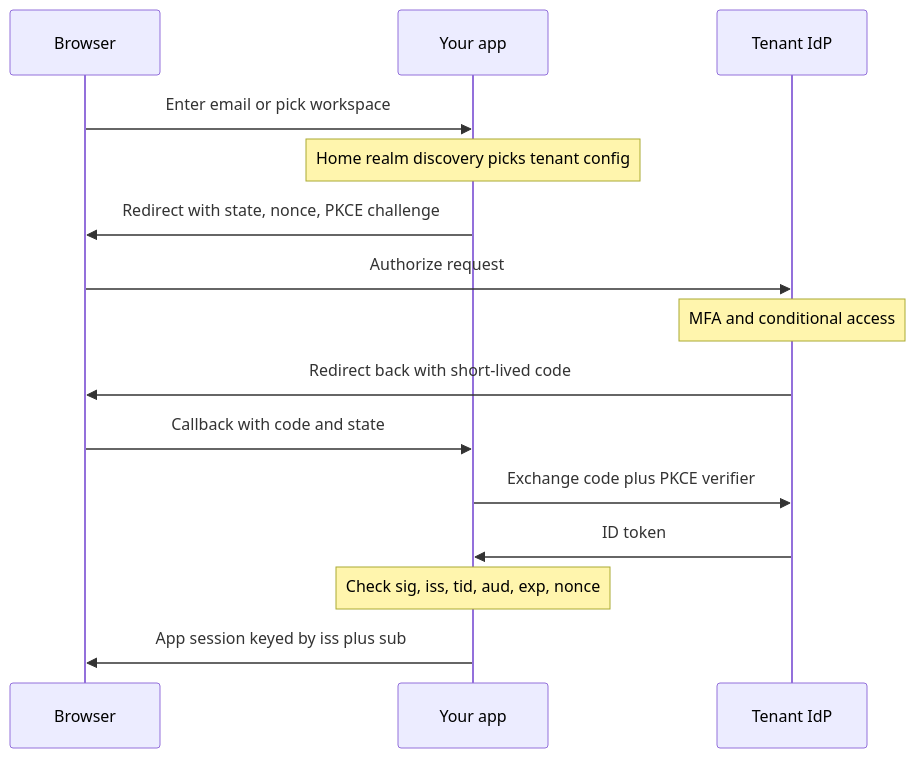
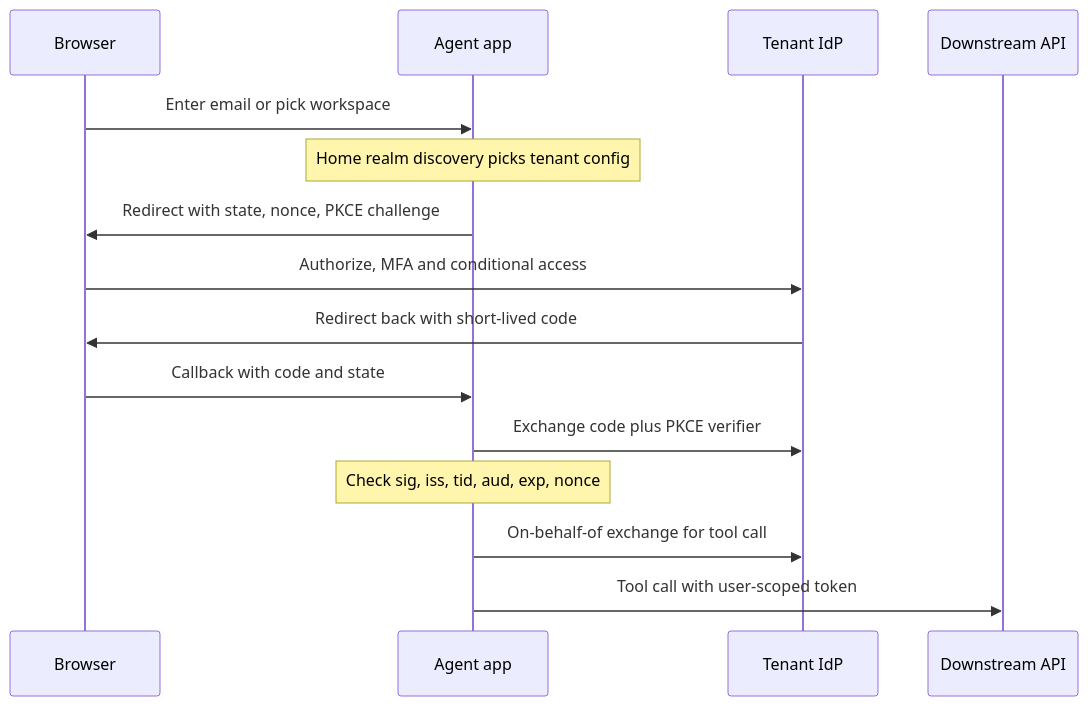
One commit to lovishmahajan97/agentic-learning changed the diagram in content/enterprise-integration/sso-iam-integration.md. Above: the diagram before and after it, drawn with Mermaid. The commit also changed other lines of this file and 454 other files, not shown here.

````diff
--- a/content/enterprise-integration/sso-iam-integration.md
+++ b/content/enterprise-integration/sso-iam-integration.md
@@ -126,17 +146,17 @@
 ```mermaid
 sequenceDiagram
     participant U as Browser
-    participant A as Your app
+    participant A as Agent app
     participant I as Tenant IdP
+    participant D as Downstream API
     U->>A: Enter email or pick workspace
     Note over A: Home realm discovery picks tenant config
     A->>U: Redirect with state, nonce, PKCE challenge
-    U->>I: Authorize request
-    Note over I: MFA and conditional access
+    U->>I: Authorize, MFA and conditional access
     I->>U: Redirect back with short-lived code
     U->>A: Callback with code and state
     A->>I: Exchange code plus PKCE verifier
-    I->>A: ID token
     Note over A: Check sig, iss, tid, aud, exp, nonce
-    A->>U: App session keyed by iss plus sub
+    A->>I: On-behalf-of exchange for tool call
+    A->>D: Tool call with user-scoped token
 ```
````
